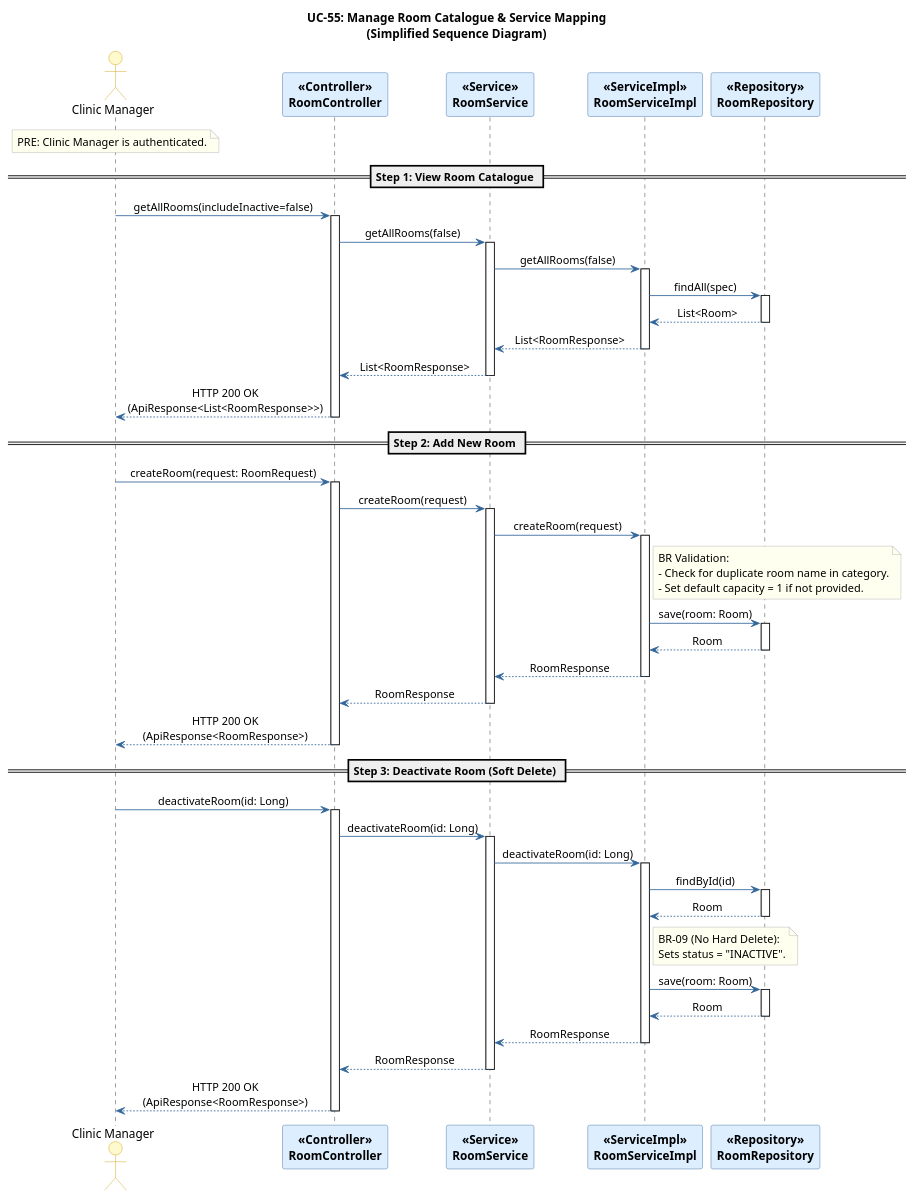
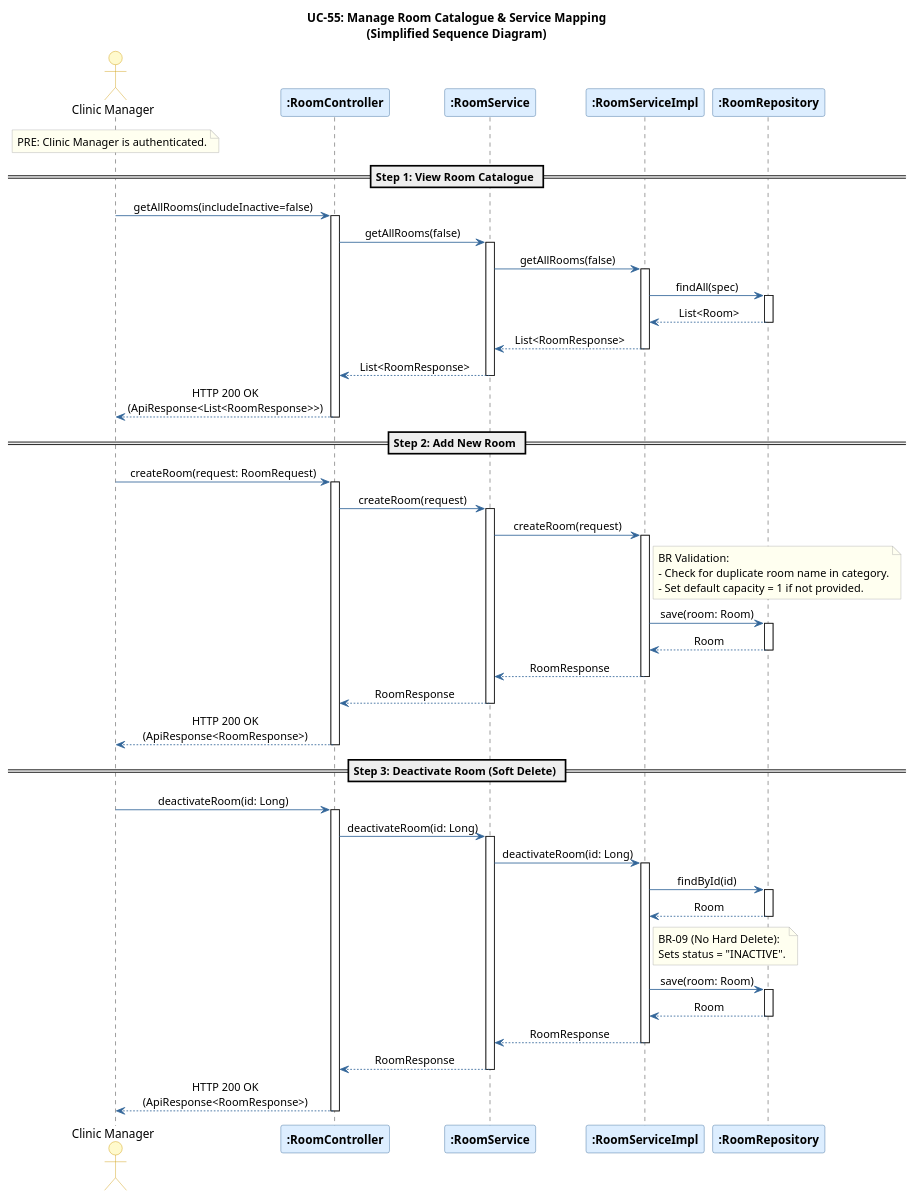
Before and after one commit to Dmh304/Clinic-Management-System: the diagram in docs/diagrams/UC55_ManageRoomCatalogue_SequenceDiagram.puml, drawn with PlantUML. The commit also changed 28 other files, not shown here.

```diff
--- a/docs/diagrams/UC55_ManageRoomCatalogue_SequenceDiagram.puml
+++ b/docs/diagrams/UC55_ManageRoomCatalogue_SequenceDiagram.puml
@@ -1,123 +1,123 @@
 @startuml UC55_ManageRoomCatalogue_SequenceDiagram
 <style>
 document {
   ParticipantPadding 10
   BoxPadding 10
 }
 </style>
 
 skinparam sequenceMessageAlign center
 skinparam responseMessageBelowArrow true
 skinparam maxMessageSize 250
 
 skinparam participant {
     BackgroundColor #DDEEFF
     BorderColor     #336699
     FontStyle       bold
 }
 skinparam actor {
     BackgroundColor #FFFACD
     BorderColor     #CC9900
 }
 skinparam note {
     BackgroundColor #FFFFF0
     BorderColor     #AAAAAA
 }
 skinparam ArrowColor #336699
 skinparam LifeLineBorderColor #336699
 
 title UC-55: Manage Room Catalogue & Service Mapping\n(Simplified Sequence Diagram)
 
 actor       "Clinic Manager"                         as Actor
-participant "<<Controller>>\nRoomController"         as C
-participant "<<Service>>\nRoomService"               as S
-participant "<<ServiceImpl>>\nRoomServiceImpl"       as SImpl
-participant "<<Repository>>\nRoomRepository"         as Repo
+participant ":RoomController"         as C
+participant ":RoomService"               as S
+participant ":RoomServiceImpl"       as SImpl
+participant ":RoomRepository"         as Repo
 
 note over Actor
   PRE: Clinic Manager is authenticated.
 end note
 
 == Step 1: View Room Catalogue ==
 Actor -> C : getAllRooms(includeInactive=false)
 activate C
 
 C -> S : getAllRooms(false)
 activate S
 S -> SImpl : getAllRooms(false)
 activate SImpl
 
 SImpl -> Repo : findAll(spec)
 activate Repo
 Repo --> SImpl : List<Room>
 deactivate Repo
 
 SImpl --> S : List<RoomResponse>
 deactivate SImpl
 S --> C : List<RoomResponse>
 deactivate S
 
 C --> Actor : HTTP 200 OK (ApiResponse<List<RoomResponse>>)
 deactivate C
 
 == Step 2: Add New Room ==
 Actor -> C : createRoom(request: RoomRequest)
 activate C
 
 C -> S : createRoom(request)
 activate S
 S -> SImpl : createRoom(request)
 activate SImpl
 
 note right of SImpl
   BR Validation:
   - Check for duplicate room name in category.
   - Set default capacity = 1 if not provided.
 end note
 
 SImpl -> Repo : save(room: Room)
 activate Repo
 Repo --> SImpl : Room
 deactivate Repo
 
 SImpl --> S : RoomResponse
 deactivate SImpl
 S --> C : RoomResponse
 deactivate S
 
 C --> Actor : HTTP 200 OK (ApiResponse<RoomResponse>)
 deactivate C
 
 == Step 3: Deactivate Room (Soft Delete) ==
 Actor -> C : deactivateRoom(id: Long)
 activate C
 
 C -> S : deactivateRoom(id: Long)
 activate S
 S -> SImpl : deactivateRoom(id: Long)
 activate SImpl
 
 SImpl -> Repo : findById(id)
 activate Repo
 Repo --> SImpl : Room
 deactivate Repo
 
 note right of SImpl
   BR-09 (No Hard Delete):
   Sets status = "INACTIVE".
 end note
 
 SImpl -> Repo : save(room: Room)
 activate Repo
 Repo --> SImpl : Room
 deactivate Repo
 
 SImpl --> S : RoomResponse
 deactivate SImpl
 S --> C : RoomResponse
 deactivate S
 
 C --> Actor : HTTP 200 OK (ApiResponse<RoomResponse>)
 deactivate C
 
 @enduml
```
